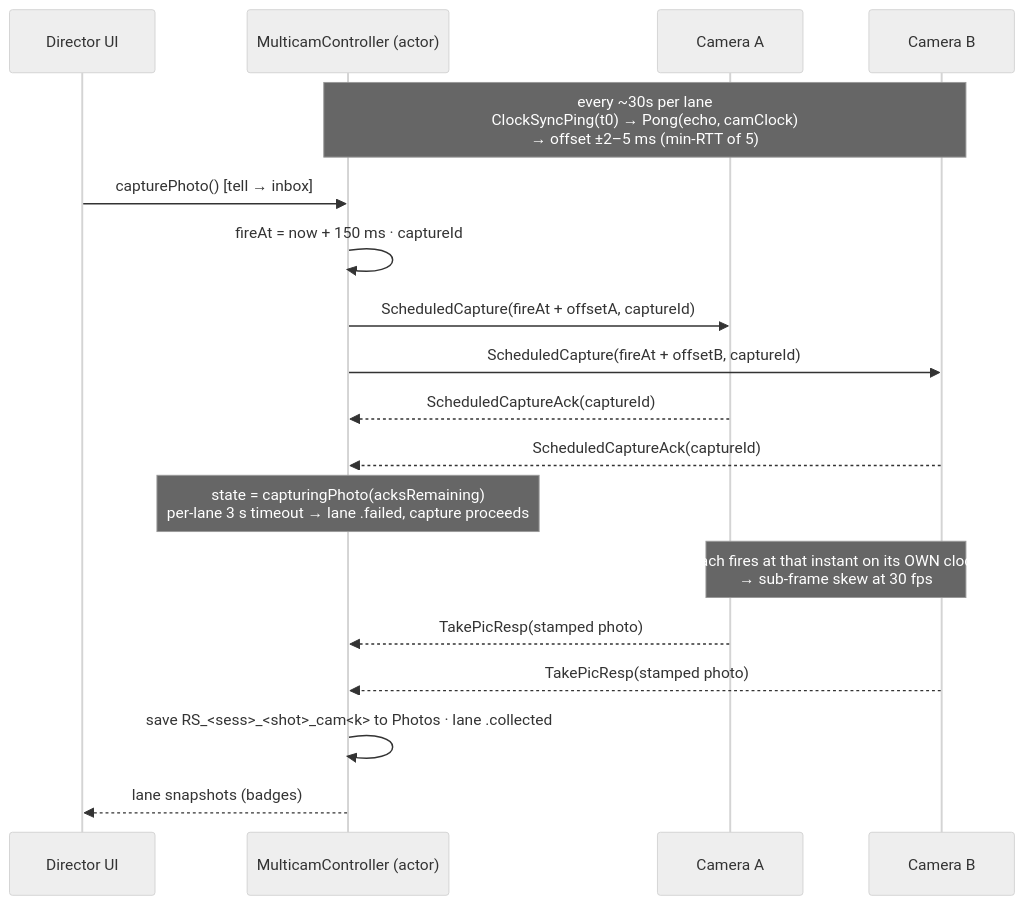
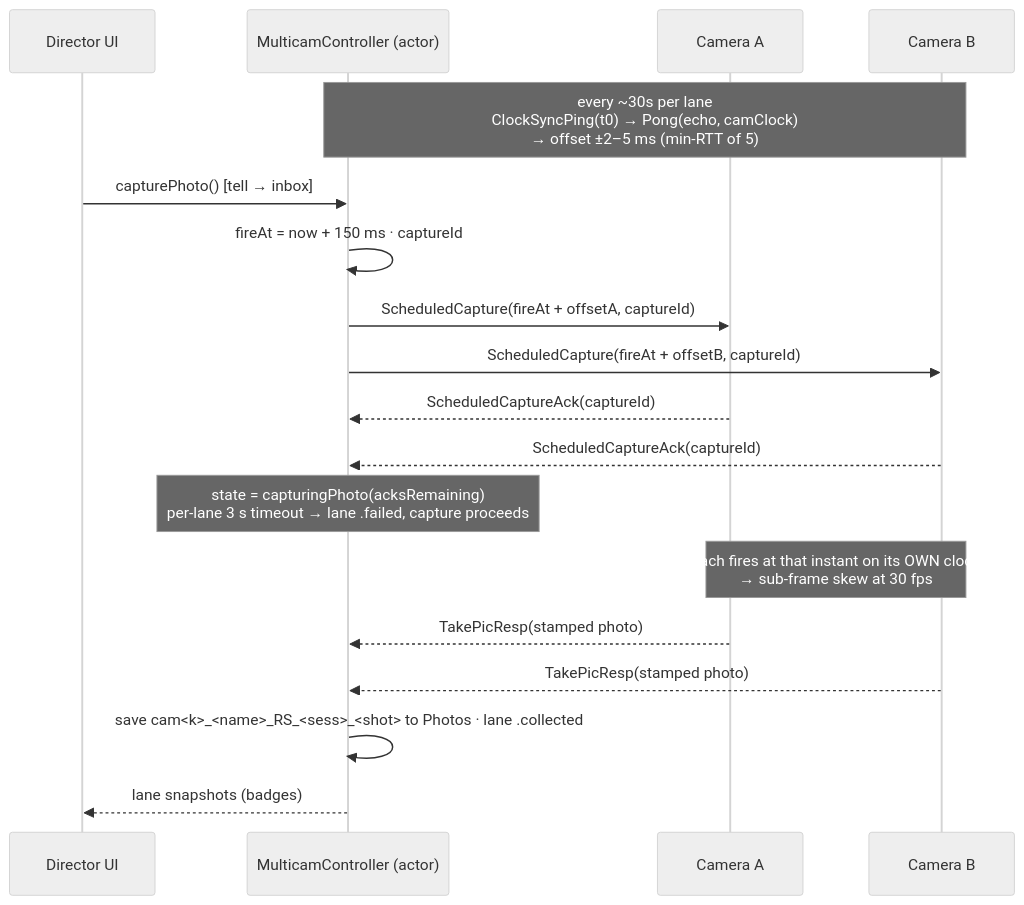
One commit to security-union/remote-shutter changed the third of 5 diagrams in Docs/multicam.md. Above: the diagram before and after it, drawn with Mermaid (neutral theme). The commit also changed 25 other files, not shown here.

````diff
--- a/Docs/multicam.md
+++ b/Docs/multicam.md
@@ -131,22 +131,22 @@
 ```mermaid
 sequenceDiagram
     participant UI as Director UI
     participant MC as MulticamController (actor)
     participant A as Camera A
     participant B as Camera B
 
     Note over MC,B: every ~30s per lane<br/>ClockSyncPing(t0) → Pong(echo, camClock)<br/>→ offset ±2–5 ms (min-RTT of 5)
 
     UI->>MC: capturePhoto()  [tell → inbox]
     MC->>MC: fireAt = now + 150 ms · captureId
     MC->>A: ScheduledCapture(fireAt + offsetA, captureId)
     MC->>B: ScheduledCapture(fireAt + offsetB, captureId)
     A-->>MC: ScheduledCaptureAck(captureId)
     B-->>MC: ScheduledCaptureAck(captureId)
     Note over MC: state = capturingPhoto(acksRemaining)<br/>per-lane 3 s timeout → lane .failed, capture proceeds
     Note over A,B: each fires at that instant on its OWN clock<br/>→ sub-frame skew at 30 fps
     A-->>MC: TakePicResp(stamped photo)
     B-->>MC: TakePicResp(stamped photo)
-    MC->>MC: save RS_<sess>_<shot>_cam<k> to Photos · lane .collected
+    MC->>MC: save cam<k>_<name>_RS_<sess>_<shot> to Photos · lane .collected
     MC-->>UI: lane snapshots (badges)
 ```
````
